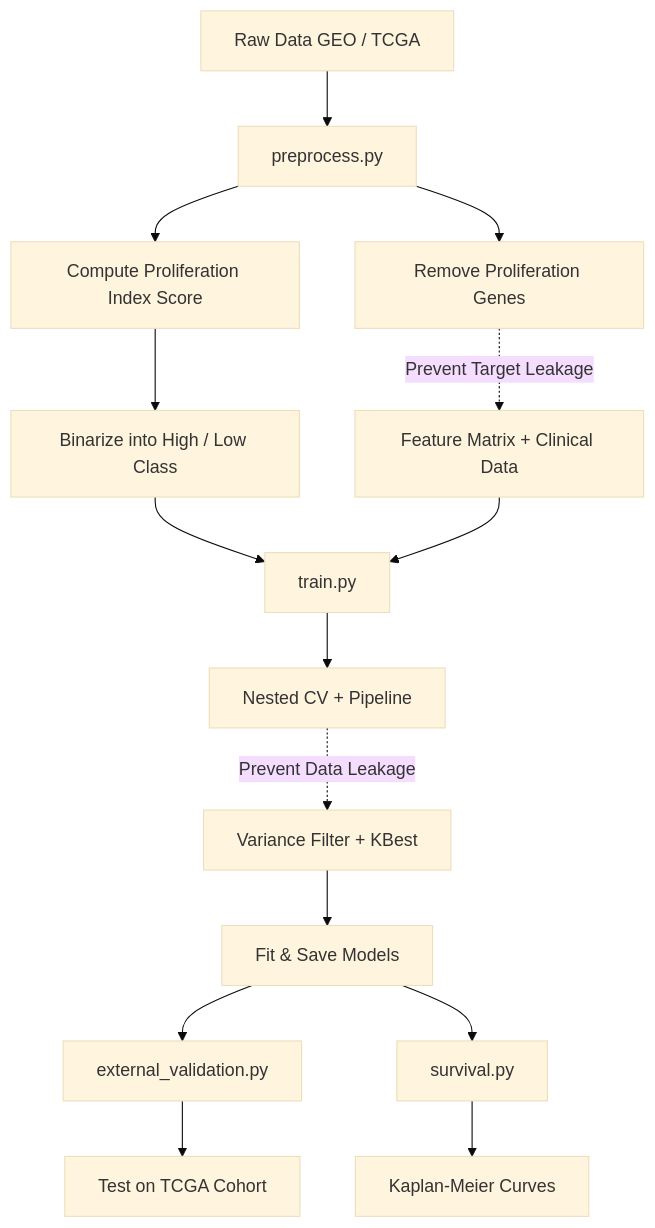
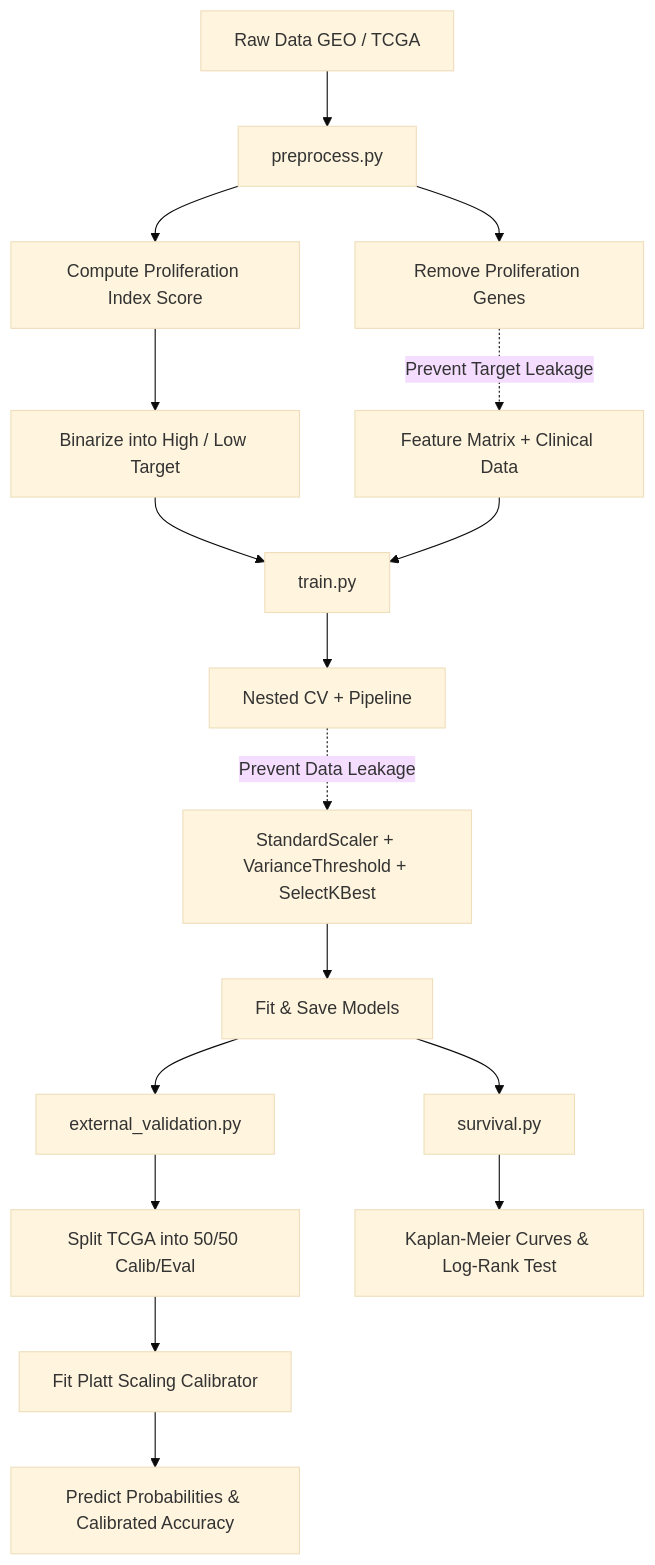
One commit to Ronisnotasianfr/ColoGrowth-ML changed the diagram in README.md. Above: the diagram before and after it, drawn with Mermaid (base theme). The commit also changed other lines of this file, not shown here.

Commit message:
docs: upgrade README with premium design, mermaid charts, and calibration details

````diff
--- a/README.md
+++ b/README.md
@@ -42,16 +26,18 @@
 ```mermaid
 graph TD
     A[Raw Data GEO / TCGA] --> B[preprocess.py]
     B --> C[Compute Proliferation Index Score]
-    C --> D[Binarize into High / Low Class]
+    C --> D[Binarize into High / Low Target]
     B --> E[Remove Proliferation Genes]
     E -.-> |Prevent Target Leakage| F[Feature Matrix + Clinical Data]
     D & F --> G[train.py]
     G --> H[Nested CV + Pipeline]
-    H -.-> |Prevent Data Leakage| I[Variance Filter + KBest]
+    H -.-> |Prevent Data Leakage| I[StandardScaler + VarianceThreshold + SelectKBest]
     I --> J[Fit & Save Models]
     J --> K[external_validation.py]
-    K --> L[Test on TCGA Cohort]
-    J --> M[survival.py]
-    M --> N[Kaplan-Meier Curves]
+    K --> L[Split TCGA into 50/50 Calib/Eval]
+    L --> M[Fit Platt Scaling Calibrator]
+    M --> N[Predict Probabilities & Calibrated Accuracy]
+    J --> O[survival.py]
+    O --> P[Kaplan-Meier Curves & Log-Rank Test]
 ```
````
